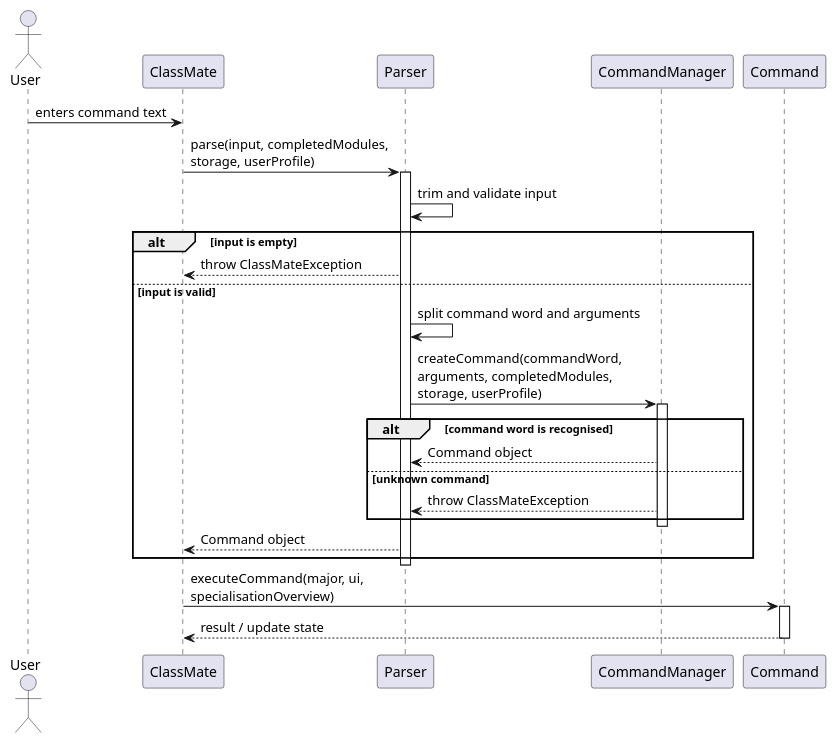
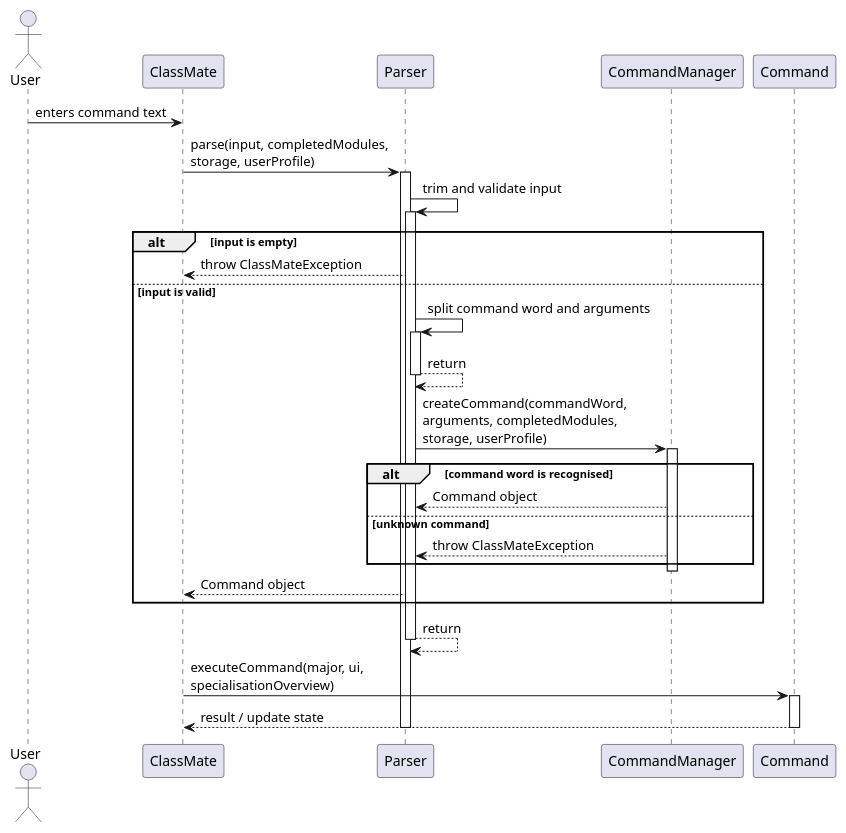
Before and after one commit to neerajehh/tp: the diagram in docs/resources/ParserSequence.puml, drawn with PlantUML.

Commit message:
fix ParserSequence bug

```diff
--- a/docs/resources/ParserSequence.puml
+++ b/docs/resources/ParserSequence.puml
@@ -1,36 +1,44 @@
 @startuml
 actor User
-participant ClassMate
-participant Parser
-participant CommandManager
-participant Command
+participant "ClassMate" as ClassMate
+participant "Parser" as Parser
+participant "CommandManager" as CommandManager
+participant "Command" as Command
 
 User -> ClassMate : enters command text
 ClassMate -> Parser : parse(input, completedModules,\nstorage, userProfile)
 activate Parser
 
 Parser -> Parser : trim and validate input
+activate Parser
 alt input is empty
     Parser --> ClassMate : throw ClassMateException
 else input is valid
     Parser -> Parser : split command word and arguments
+    activate Parser
+    Parser --> Parser : return
+    deactivate Parser
+
     Parser -> CommandManager : createCommand(commandWord,\narguments, completedModules,\nstorage, userProfile)
     activate CommandManager
 
     alt command word is recognised
         CommandManager --> Parser : Command object
     else unknown command
         CommandManager --> Parser : throw ClassMateException
     end
 
     deactivate CommandManager
     Parser --> ClassMate : Command object
 end
+Parser --> Parser : return
 
 deactivate Parser
+
 
 ClassMate -> Command : executeCommand(major, ui,\nspecialisationOverview)
 activate Command
 Command --> ClassMate : result / update state
 deactivate Command
+deactivate Parser
 @enduml
```
